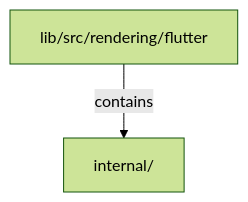
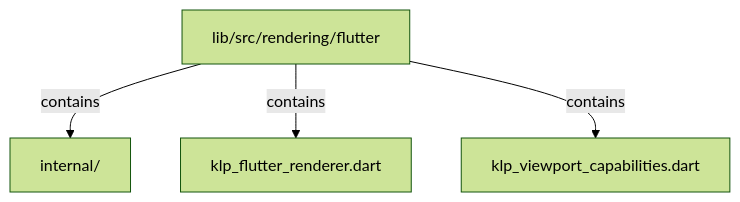
Before and after one commit to MiuDog/Kallopis: the second of 2 diagrams in docs/architecture/src/rendering/flutter/README.md, drawn with Mermaid (forest theme). The commit also changed other lines of this file and 9688 other files, not shown here.

Commit message:
Prepare isolated Flow F2 peer baseline

````diff
--- a/docs/architecture/src/rendering/flutter/README.md
+++ b/docs/architecture/src/rendering/flutter/README.md
@@ -21,6 +53,10 @@
 ```mermaid
 flowchart TD
 	n0["lib/src/rendering/flutter"]
 	n1["internal/"]
+	n2["klp_flutter_renderer.dart"]
+	n3["klp_viewport_capabilities.dart"]
 	n0 -->|"contains"| n1
+	n0 -->|"contains"| n2
+	n0 -->|"contains"| n3
 ```
````
